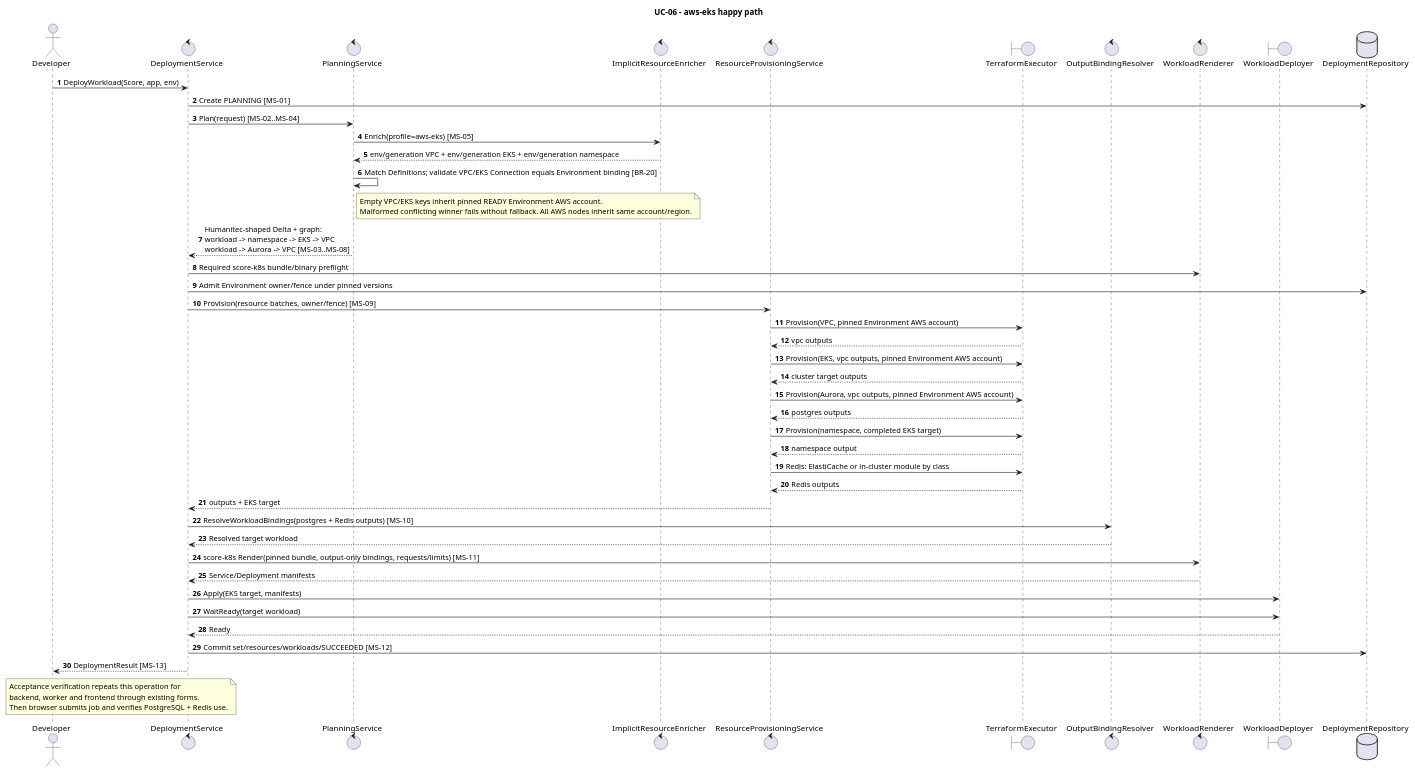
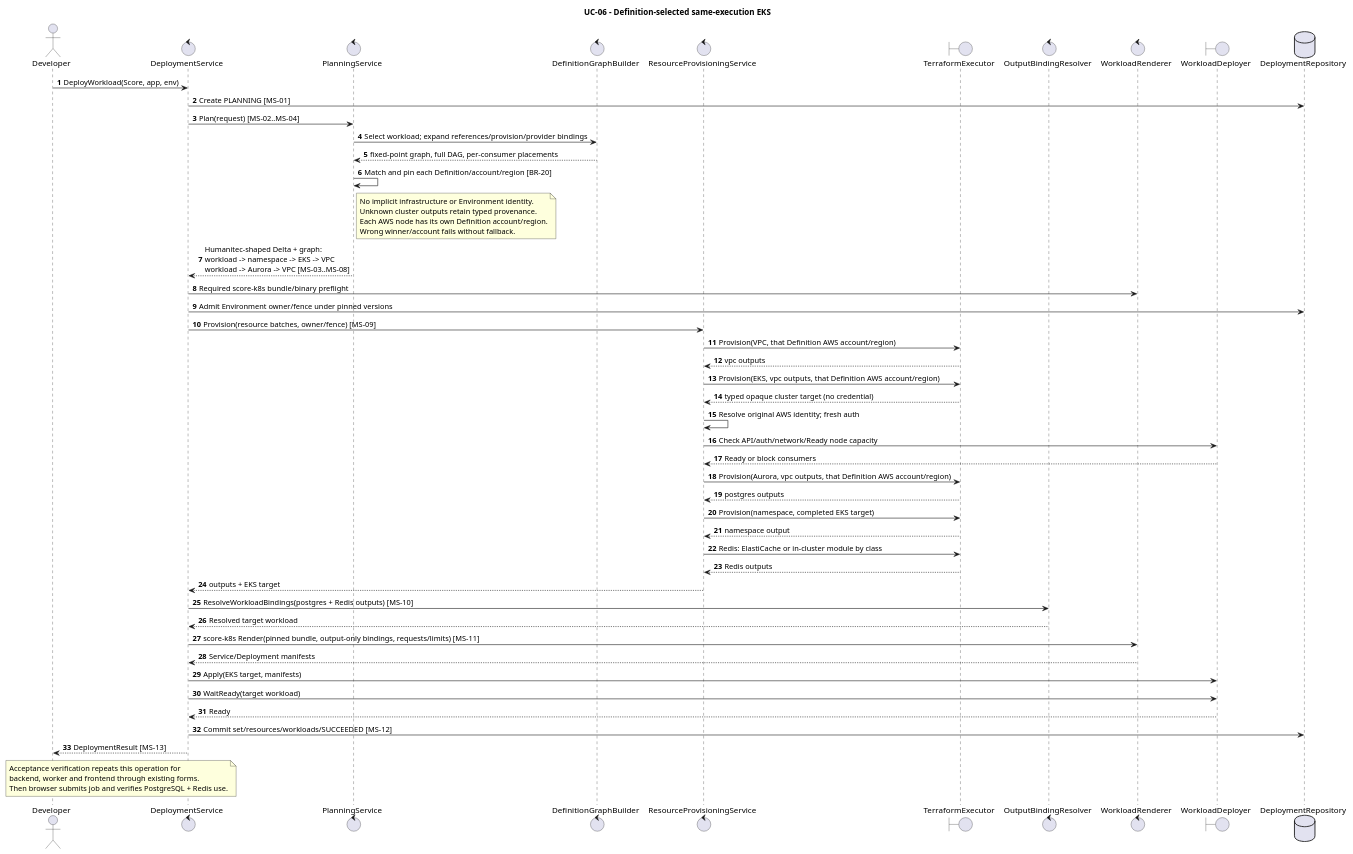
One commit to pr3s3nt/poc changed the diagram in orchestrator_docs/usecase/UC-06/sequence-cloud.puml. Above: the diagram before and after it, drawn with PlantUML. The commit also changed 126 other files, not shown here.

First line of the commit message:
Complete V04 dependency graph and full-app acceptance

```diff
--- a/orchestrator_docs/usecase/UC-06/sequence-cloud.puml
+++ b/orchestrator_docs/usecase/UC-06/sequence-cloud.puml
@@ -1,54 +1,59 @@
 @startuml
-title UC-06 - aws-eks happy path
+title UC-06 - Definition-selected same-execution EKS
 autonumber
 actor Developer
 control DeploymentService as Service
 control PlanningService as Planner
-control ImplicitResourceEnricher as Enricher
+control DefinitionGraphBuilder as Graph
 control ResourceProvisioningService as Provisioner
 boundary TerraformExecutor as Terraform
 control OutputBindingResolver as Resolver
 control WorkloadRenderer as Renderer
 boundary WorkloadDeployer as K8s
 database DeploymentRepository as Repo
 
 Developer -> Service: DeployWorkload(Score, app, env)
 Service -> Repo: Create PLANNING [MS-01]
 Service -> Planner: Plan(request) [MS-02..MS-04]
-Planner -> Enricher: Enrich(profile=aws-eks) [MS-05]
-Enricher --> Planner: env/generation VPC + env/generation EKS + env/generation namespace
-Planner -> Planner: Match Definitions; validate VPC/EKS Connection equals Environment binding [BR-20]
+Planner -> Graph: Select workload; expand references/provision/provider bindings
+Graph --> Planner: fixed-point graph, full DAG, per-consumer placements
+Planner -> Planner: Match and pin each Definition/account/region [BR-20]
 note right of Planner
-Empty VPC/EKS keys inherit pinned READY Environment AWS account.
-Malformed conflicting winner fails without fallback. All AWS nodes inherit same account/region.
+No implicit infrastructure or Environment identity.
+Unknown cluster outputs retain typed provenance.
+Each AWS node has its own Definition account/region.
+Wrong winner/account fails without fallback.
 end note
 Planner --> Service: Humanitec-shaped Delta + graph:\nworkload -> namespace -> EKS -> VPC\nworkload -> Aurora -> VPC [MS-03..MS-08]
 Service -> Renderer: Required score-k8s bundle/binary preflight
 Service -> Repo: Admit Environment owner/fence under pinned versions
 Service -> Provisioner: Provision(resource batches, owner/fence) [MS-09]
-Provisioner -> Terraform: Provision(VPC, pinned Environment AWS account)
+Provisioner -> Terraform: Provision(VPC, that Definition AWS account/region)
 Terraform --> Provisioner: vpc outputs
-Provisioner -> Terraform: Provision(EKS, vpc outputs, pinned Environment AWS account)
-Terraform --> Provisioner: cluster target outputs
-Provisioner -> Terraform: Provision(Aurora, vpc outputs, pinned Environment AWS account)
+Provisioner -> Terraform: Provision(EKS, vpc outputs, that Definition AWS account/region)
+Terraform --> Provisioner: typed opaque cluster target (no credential)
+Provisioner -> Provisioner: Resolve original AWS identity; fresh auth
+Provisioner -> K8s: Check API/auth/network/Ready node capacity
+K8s --> Provisioner: Ready or block consumers
+Provisioner -> Terraform: Provision(Aurora, vpc outputs, that Definition AWS account/region)
 Terraform --> Provisioner: postgres outputs
 Provisioner -> Terraform: Provision(namespace, completed EKS target)
 Terraform --> Provisioner: namespace output
 Provisioner -> Terraform: Redis: ElastiCache or in-cluster module by class
 Terraform --> Provisioner: Redis outputs
 Provisioner --> Service: outputs + EKS target
 Service -> Resolver: ResolveWorkloadBindings(postgres + Redis outputs) [MS-10]
 Resolver --> Service: Resolved target workload
 Service -> Renderer: score-k8s Render(pinned bundle, output-only bindings, requests/limits) [MS-11]
 Renderer --> Service: Service/Deployment manifests
 Service -> K8s: Apply(EKS target, manifests)
 Service -> K8s: WaitReady(target workload)
 K8s --> Service: Ready
 Service -> Repo: Commit set/resources/workloads/SUCCEEDED [MS-12]
 Service --> Developer: DeploymentResult [MS-13]
 note over Developer, Service
 Acceptance verification repeats this operation for
 backend, worker and frontend through existing forms.
 Then browser submits job and verifies PostgreSQL + Redis use.
 end note
 @enduml
```
